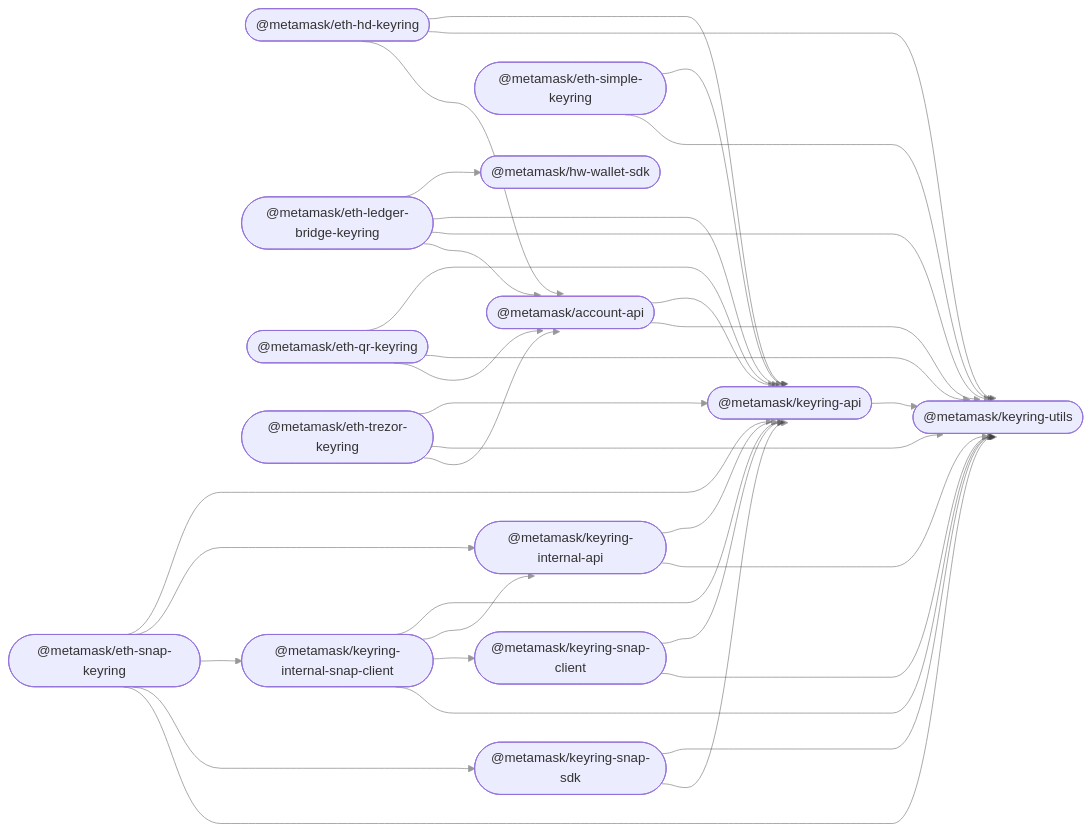
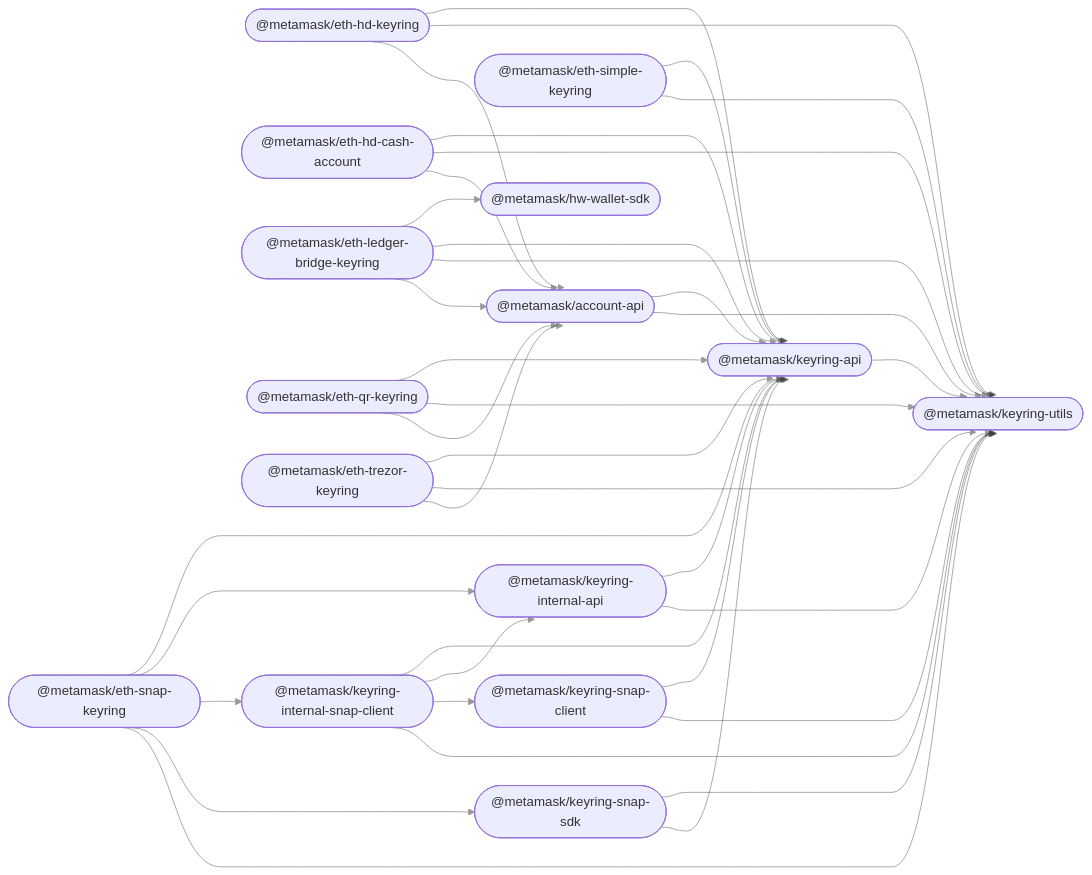
One commit to MetaMask/accounts changed the diagram in README.md. Above: the diagram before and after it, drawn with Mermaid. The commit also changed other lines of this file and 17 other files, not shown here.

````diff
--- a/README.md
+++ b/README.md
@@ -36,52 +37,56 @@
 ```mermaid
 %%{ init: { 'flowchart': { 'curve': 'bumpX' } } }%%
 graph LR;
 linkStyle default opacity:0.5
   account_api(["@metamask/account-api"]);
   hw_wallet_sdk(["@metamask/hw-wallet-sdk"]);
   keyring_api(["@metamask/keyring-api"]);
   eth_hd_keyring(["@metamask/eth-hd-keyring"]);
+  eth_cash-account_keyring(["@metamask/eth-hd-cash-account"]);
   eth_ledger_bridge_keyring(["@metamask/eth-ledger-bridge-keyring"]);
   eth_qr_keyring(["@metamask/eth-qr-keyring"]);
   eth_simple_keyring(["@metamask/eth-simple-keyring"]);
   eth_trezor_keyring(["@metamask/eth-trezor-keyring"]);
   keyring_internal_api(["@metamask/keyring-internal-api"]);
   keyring_internal_snap_client(["@metamask/keyring-internal-snap-client"]);
   eth_snap_keyring(["@metamask/eth-snap-keyring"]);
   keyring_snap_client(["@metamask/keyring-snap-client"]);
   keyring_snap_sdk(["@metamask/keyring-snap-sdk"]);
   keyring_utils(["@metamask/keyring-utils"]);
   account_api --> keyring_api;
   account_api --> keyring_utils;
   keyring_api --> keyring_utils;
   eth_hd_keyring --> keyring_api;
   eth_hd_keyring --> keyring_utils;
   eth_hd_keyring --> account_api;
+  eth_cash-account_keyring --> keyring_api;
+  eth_cash-account_keyring --> keyring_utils;
+  eth_cash-account_keyring --> account_api;
   eth_ledger_bridge_keyring --> hw_wallet_sdk;
   eth_ledger_bridge_keyring --> keyring_api;
   eth_ledger_bridge_keyring --> keyring_utils;
   eth_ledger_bridge_keyring --> account_api;
   eth_qr_keyring --> keyring_api;
   eth_qr_keyring --> keyring_utils;
   eth_qr_keyring --> account_api;
   eth_simple_keyring --> keyring_api;
   eth_simple_keyring --> keyring_utils;
   eth_trezor_keyring --> keyring_api;
   eth_trezor_keyring --> keyring_utils;
   eth_trezor_keyring --> account_api;
   keyring_internal_api --> keyring_api;
   keyring_internal_api --> keyring_utils;
   keyring_internal_snap_client --> keyring_api;
   keyring_internal_snap_client --> keyring_internal_api;
   keyring_internal_snap_client --> keyring_snap_client;
   keyring_internal_snap_client --> keyring_utils;
   eth_snap_keyring --> keyring_api;
   eth_snap_keyring --> keyring_internal_api;
   eth_snap_keyring --> keyring_internal_snap_client;
   eth_snap_keyring --> keyring_snap_sdk;
   eth_snap_keyring --> keyring_utils;
   keyring_snap_client --> keyring_api;
   keyring_snap_client --> keyring_utils;
   keyring_snap_sdk --> keyring_utils;
   keyring_snap_sdk --> keyring_api;
 ```
````
